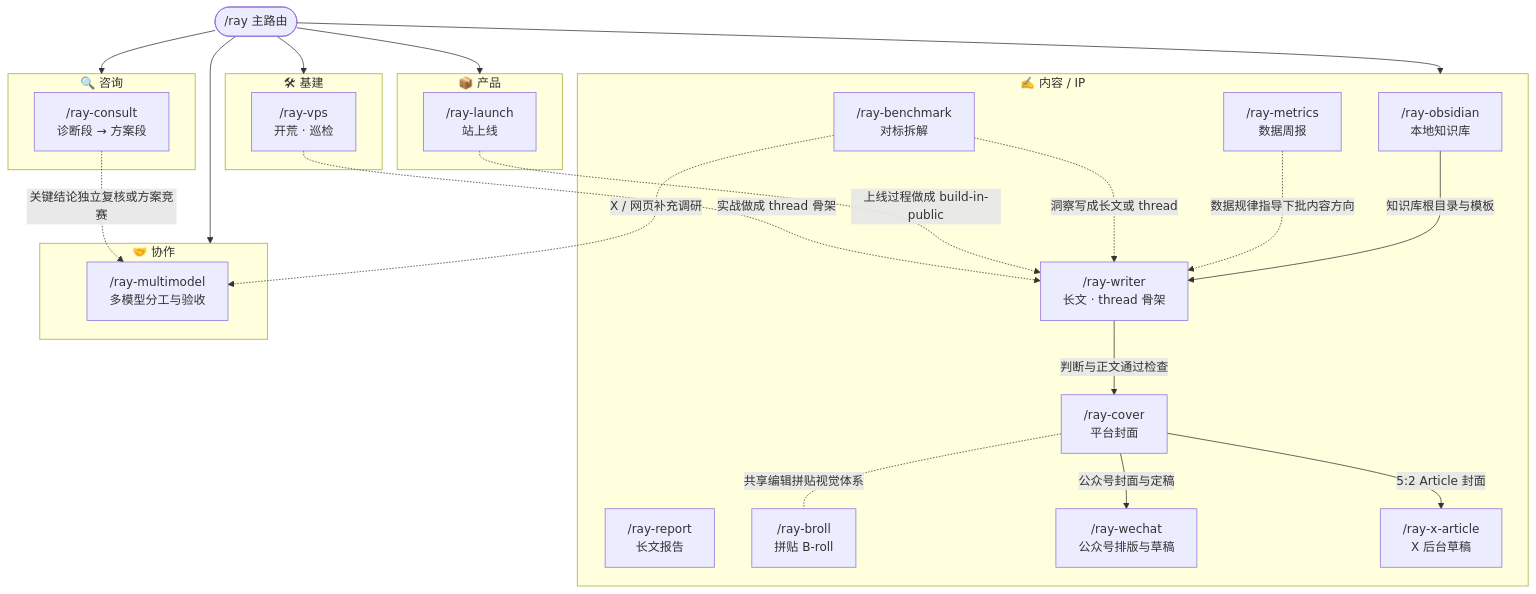
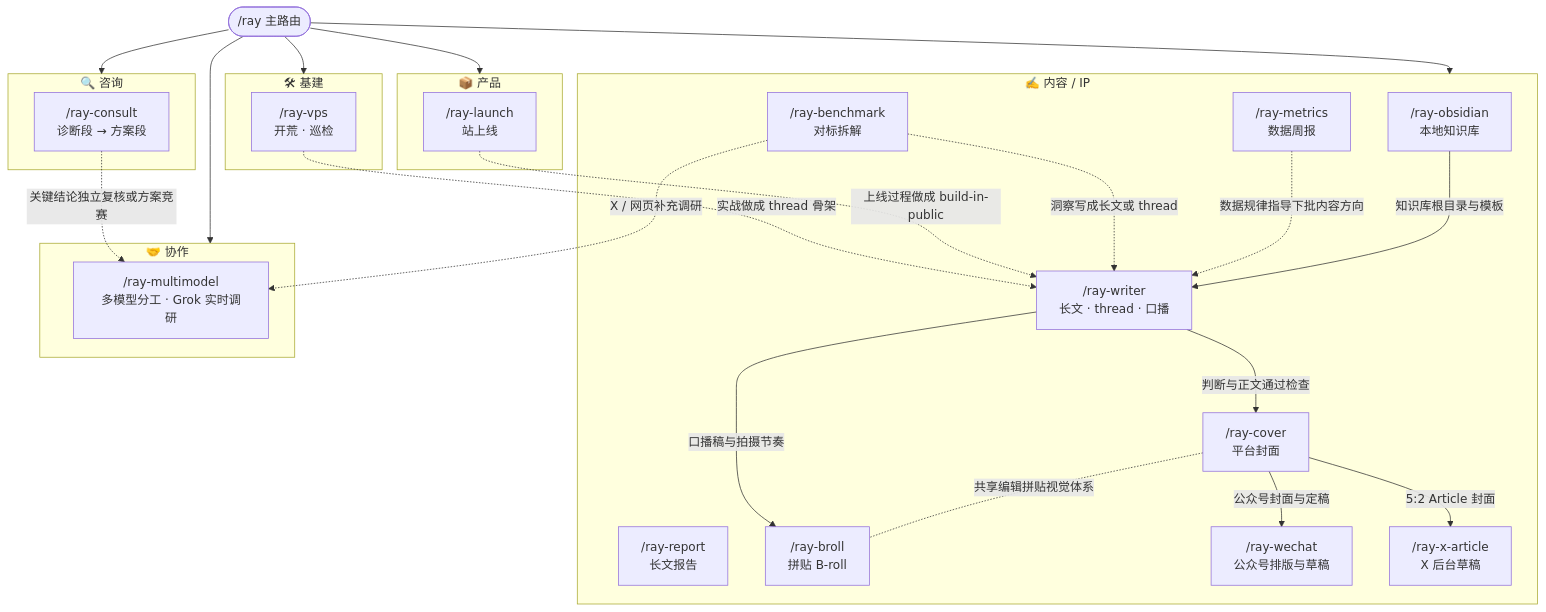
The diagram in docs/skill-link-map.md (imraywang/rayskills), drawn with Mermaid before and after one commit. The commit also changed other lines of this file and 31 other files, not shown here.

Commit message:
feat: 完善内容多分发与 Grok 实时调研

````diff
--- a/docs/skill-link-map.md
+++ b/docs/skill-link-map.md
@@ -5,44 +5,45 @@
 ```mermaid
 flowchart TD
     RAY(["/ray 主路由"])
 
     subgraph INFRA["🛠 基建"]
         VPS["/ray-vps\n开荒 · 巡检"]
     end
     subgraph CONTENT["✍️ 内容 / IP"]
         OBSIDIAN["/ray-obsidian\n本地知识库"]
         METRICS["/ray-metrics\n数据周报"]
         BENCH["/ray-benchmark\n对标拆解"]
         REPORT["/ray-report\n长文报告"]
-        WRITER["/ray-writer\n长文 · thread 骨架"]
+        WRITER["/ray-writer\n长文 · thread · 口播"]
         COVER["/ray-cover\n平台封面"]
         BROLL["/ray-broll\n拼贴 B-roll"]
         WECHAT["/ray-wechat\n公众号排版与草稿"]
         XARTICLE["/ray-x-article\nX 后台草稿"]
     end
     subgraph CONSULT["🔍 咨询"]
         CONSULTSKILL["/ray-consult\n诊断段 → 方案段"]
     end
     subgraph PRODUCT["📦 产品"]
         LAUNCH["/ray-launch\n站上线"]
     end
     subgraph COLLAB["🤝 协作"]
-        MULTI["/ray-multimodel\n多模型分工与验收"]
+        MULTI["/ray-multimodel\n多模型分工 · Grok 实时调研"]
     end
 
     RAY --> INFRA & CONTENT & CONSULT & PRODUCT & COLLAB
 
     %% 常见衔接
     VPS -.->|实战做成 thread 骨架| WRITER
     LAUNCH -.->|上线过程做成 build-in-public| WRITER
     BENCH -.->|洞察写成长文或 thread| WRITER
     METRICS -.->|数据规律指导下批内容方向| WRITER
     OBSIDIAN -->|知识库根目录与模板| WRITER
     WRITER -->|判断与正文通过检查| COVER
+    WRITER -->|口播稿与拍摄节奏| BROLL
     COVER -->|公众号封面与定稿| WECHAT
     COVER -->|5:2 Article 封面| XARTICLE
     COVER -.-|共享编辑拼贴视觉体系| BROLL
 
     BENCH -.->|X / 网页补充调研| MULTI
     CONSULTSKILL -.->|关键结论独立复核或方案竞赛| MULTI
 ```
````
